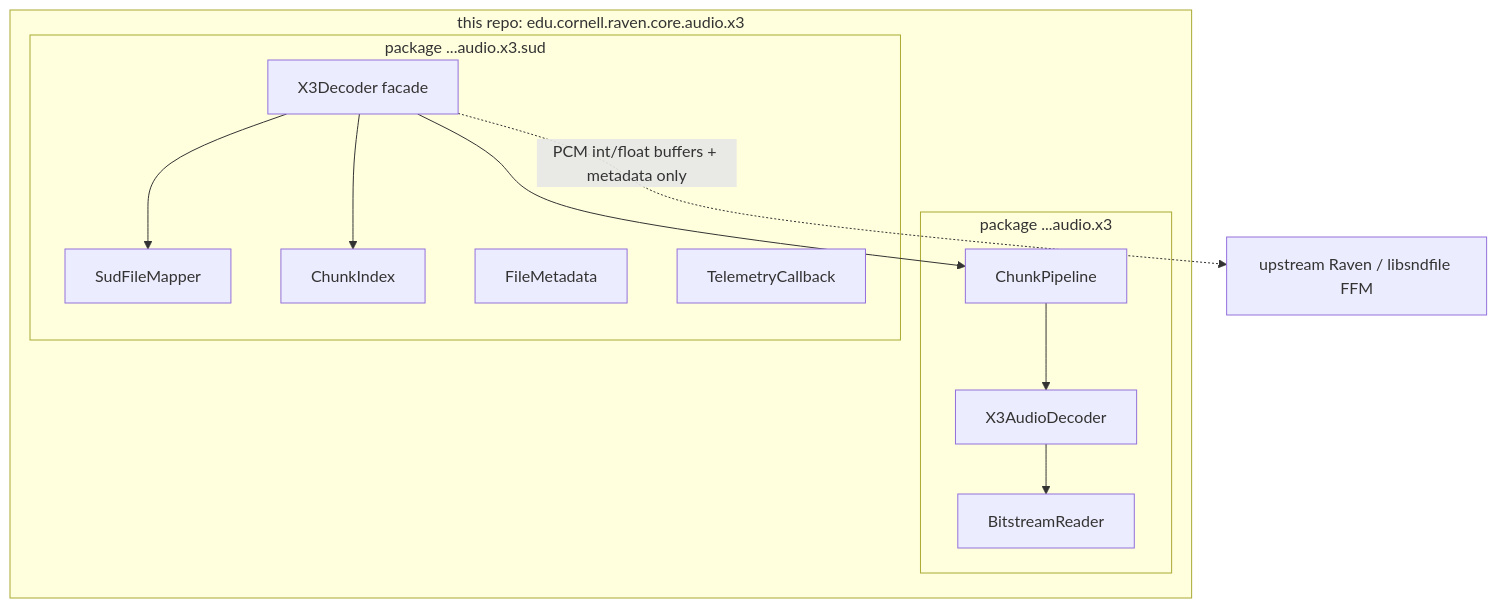
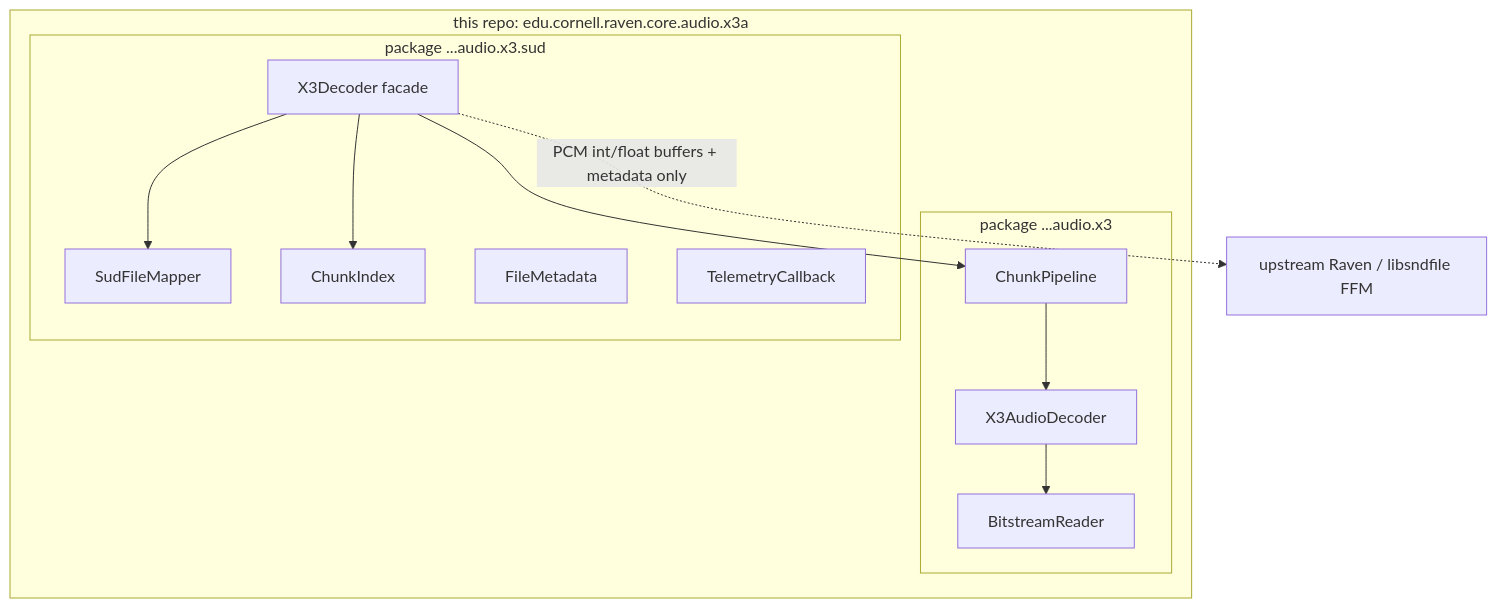
One commit to bingo-tango/x3-java changed the diagram in development-plan.md. Above: the diagram before and after it, drawn with Mermaid. The commit also changed other lines of this file and 29 other files, not shown here.

````diff
--- a/development-plan.md
+++ b/development-plan.md
@@ -168,24 +190,24 @@
 ```mermaid
 graph TB
-  subgraph thisRepo ["this repo: edu.cornell.raven.core.audio.x3"]
+  subgraph thisRepo ["this repo: edu.cornell.raven.core.audio.x3a"]
     subgraph corePkg ["package ...audio.x3"]
       BR[BitstreamReader]
       AD[X3AudioDecoder]
       CP[ChunkPipeline]
     end
     subgraph sudPkg ["package ...audio.x3.sud"]
       MAP[SudFileMapper]
       IDX[ChunkIndex]
       META[FileMetadata]
       FAC[X3Decoder facade]
       TEL[TelemetryCallback]
     end
     FAC --> MAP
     FAC --> IDX
     FAC --> CP
     CP --> AD
     AD --> BR
   end
   UP["upstream Raven / libsndfile FFM"]
   FAC -.->|"PCM int/float buffers + metadata only"| UP
 ```
````
